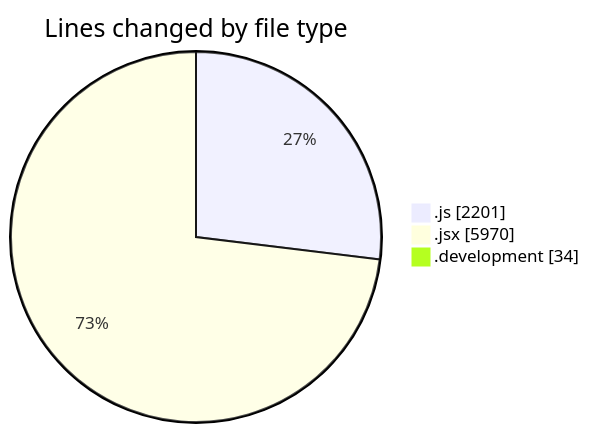
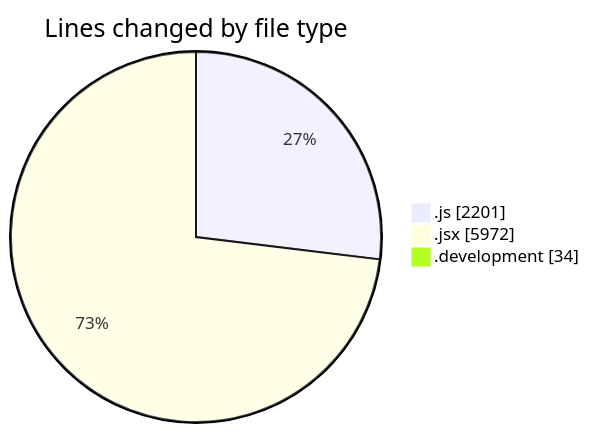
The first of 2 diagrams in 2025-09-18/nxtqube_webapp/README.md (nxtqubesakshisongat/code-tracking), drawn with Mermaid before and after one commit. The commit also changed other lines of this file and 1 other file, not shown here.

````diff
--- a/2025-09-18/nxtqube_webapp/README.md
+++ b/2025-09-18/nxtqube_webapp/README.md
@@ -38,7 +38,7 @@
 ```mermaid
 pie showData
 title Lines changed by file type
 ".js" : 2201
-".jsx" : 5970
+".jsx" : 5972
 ".development" : 34
 ```
````
